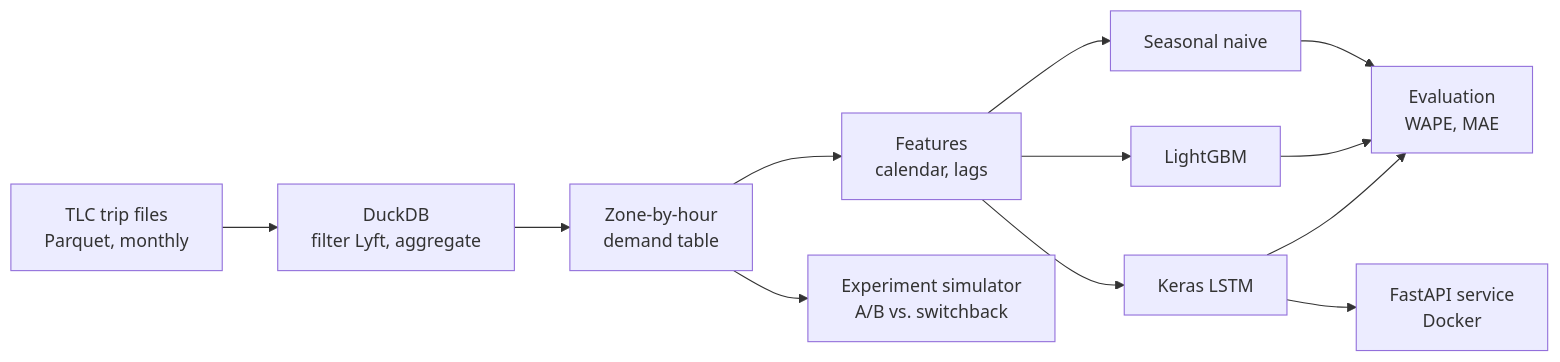
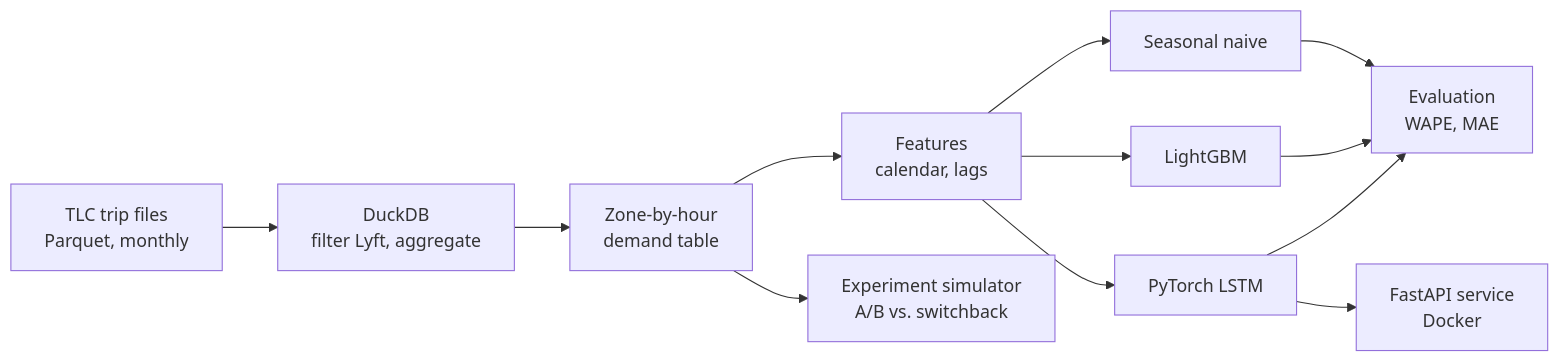
The diagram in README.md (neilkava/ride-demand-forecasting), drawn with Mermaid before and after one commit. The commit also changed other lines of this file and 8 other files, not shown here.

````diff
--- a/README.md
+++ b/README.md
@@ -20,12 +20,12 @@
 ```mermaid
 flowchart LR
     A[TLC trip files<br/>Parquet, monthly] --> B[DuckDB<br/>filter Lyft, aggregate]
     B --> C[Zone-by-hour<br/>demand table]
     C --> D[Features<br/>calendar, lags]
     D --> E1[Seasonal naive]
     D --> E2[LightGBM]
-    D --> E3[Keras LSTM]
+    D --> E3[PyTorch LSTM]
     E1 & E2 & E3 --> F[Evaluation<br/>WAPE, MAE]
     E3 --> G[FastAPI service<br/>Docker]
     C --> H[Experiment simulator<br/>A/B vs. switchback]
 ```
````
